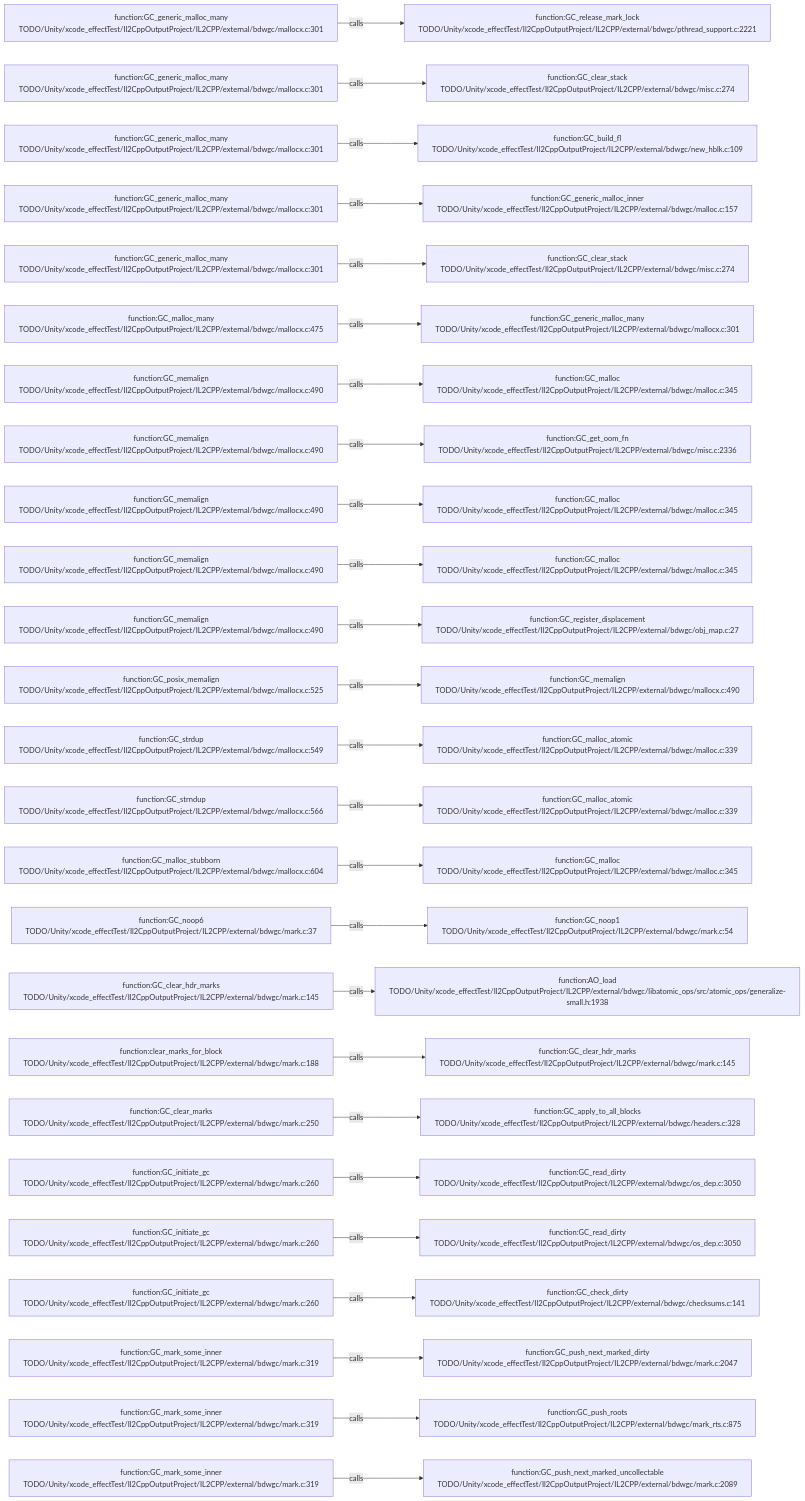
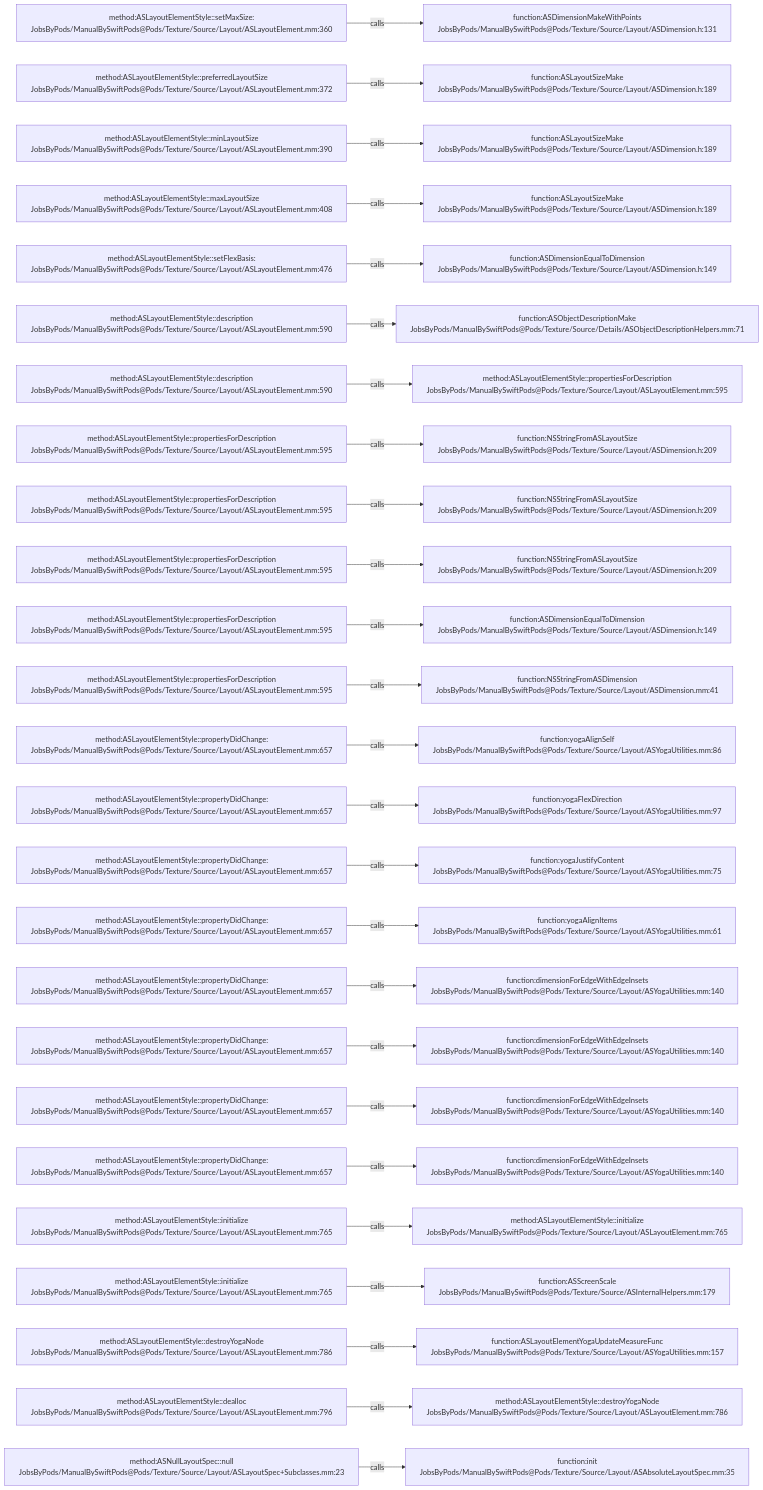
The diagram in .codegraph/codegraph.md/graphs/calls-129.md (JobsKits/JobsSwiftBaseConfigDemo), drawn with Mermaid before and after one commit. The commit also changed 2959 other files, not shown here.

````diff
--- a/.codegraph/codegraph.md/graphs/calls-129.md
+++ b/.codegraph/codegraph.md/graphs/calls-129.md
@@ -13,78 +13,78 @@
 ```mermaid
 flowchart LR
-  S1["function:GC_generic_malloc_many<br/>TODO/Unity/xcode_effectTest/Il2CppOutputProject/IL2CPP/external/bdwgc/mallocx.c:301"]
-  T1["function:GC_release_mark_lock<br/>TODO/Unity/xcode_effectTest/Il2CppOutputProject/IL2CPP/external/bdwgc/pthread_support.c:2221"]
+  S1["method:ASLayoutElementStyle::setMaxSize:<br/>JobsByPods/ManualBySwiftPods@Pods/Texture/Source/Layout/ASLayoutElement.mm:360"]
+  T1["function:ASDimensionMakeWithPoints<br/>JobsByPods/ManualBySwiftPods@Pods/Texture/Source/Layout/ASDimension.h:131"]
   S1 -->|calls| T1
-  S2["function:GC_generic_malloc_many<br/>TODO/Unity/xcode_effectTest/Il2CppOutputProject/IL2CPP/external/bdwgc/mallocx.c:301"]
-  T2["function:GC_clear_stack<br/>TODO/Unity/xcode_effectTest/Il2CppOutputProject/IL2CPP/external/bdwgc/misc.c:274"]
+  S2["method:ASLayoutElementStyle::preferredLayoutSize<br/>JobsByPods/ManualBySwiftPods@Pods/Texture/Source/Layout/ASLayoutElement.mm:372"]
+  T2["function:ASLayoutSizeMake<br/>JobsByPods/ManualBySwiftPods@Pods/Texture/Source/Layout/ASDimension.h:189"]
   S2 -->|calls| T2
-  S3["function:GC_generic_malloc_many<br/>TODO/Unity/xcode_effectTest/Il2CppOutputProject/IL2CPP/external/bdwgc/mallocx.c:301"]
-  T3["function:GC_build_fl<br/>TODO/Unity/xcode_effectTest/Il2CppOutputProject/IL2CPP/external/bdwgc/new_hblk.c:109"]
+  S3["method:ASLayoutElementStyle::minLayoutSize<br/>JobsByPods/ManualBySwiftPods@Pods/Texture/Source/Layout/ASLayoutElement.mm:390"]
+  T3["function:ASLayoutSizeMake<br/>JobsByPods/ManualBySwiftPods@Pods/Texture/Source/Layout/ASDimension.h:189"]
   S3 -->|calls| T3
-  S4["function:GC_generic_malloc_many<br/>TODO/Unity/xcode_effectTest/Il2CppOutputProject/IL2CPP/external/bdwgc/mallocx.c:301"]
-  T4["function:GC_generic_malloc_inner<br/>TODO/Unity/xcode_effectTest/Il2CppOutputProject/IL2CPP/external/bdwgc/malloc.c:157"]
+  S4["method:ASLayoutElementStyle::maxLayoutSize<br/>JobsByPods/ManualBySwiftPods@Pods/Texture/Source/Layout/ASLayoutElement.mm:408"]
+  T4["function:ASLayoutSizeMake<br/>JobsByPods/ManualBySwiftPods@Pods/Texture/Source/Layout/ASDimension.h:189"]
   S4 -->|calls| T4
-  S5["function:GC_generic_malloc_many<br/>TODO/Unity/xcode_effectTest/Il2CppOutputProject/IL2CPP/external/bdwgc/mallocx.c:301"]
-  T5["function:GC_clear_stack<br/>TODO/Unity/xcode_effectTest/Il2CppOutputProject/IL2CPP/external/bdwgc/misc.c:274"]
+  S5["method:ASLayoutElementStyle::setFlexBasis:<br/>JobsByPods/ManualBySwiftPods@Pods/Texture/Source/Layout/ASLayoutElement.mm:476"]
+  T5["function:ASDimensionEqualToDimension<br/>JobsByPods/ManualBySwiftPods@Pods/Texture/Source/Layout/ASDimension.h:149"]
   S5 -->|calls| T5
-  S6["function:GC_malloc_many<br/>TODO/Unity/xcode_effectTest/Il2CppOutputProject/IL2CPP/external/bdwgc/mallocx.c:475"]
-  T6["function:GC_generic_malloc_many<br/>TODO/Unity/xcode_effectTest/Il2CppOutputProject/IL2CPP/external/bdwgc/mallocx.c:301"]
+  S6["method:ASLayoutElementStyle::description<br/>JobsByPods/ManualBySwiftPods@Pods/Texture/Source/Layout/ASLayoutElement.mm:590"]
+  T6["function:ASObjectDescriptionMake<br/>JobsByPods/ManualBySwiftPods@Pods/Texture/Source/Details/ASObjectDescriptionHelpers.mm:71"]
   S6 -->|calls| T6
-  S7["function:GC_memalign<br/>TODO/Unity/xcode_effectTest/Il2CppOutputProject/IL2CPP/external/bdwgc/mallocx.c:490"]
-  T7["function:GC_malloc<br/>TODO/Unity/xcode_effectTest/Il2CppOutputProject/IL2CPP/external/bdwgc/malloc.c:345"]
+  S7["method:ASLayoutElementStyle::description<br/>JobsByPods/ManualBySwiftPods@Pods/Texture/Source/Layout/ASLayoutElement.mm:590"]
+  T7["method:ASLayoutElementStyle::propertiesForDescription<br/>JobsByPods/ManualBySwiftPods@Pods/Texture/Source/Layout/ASLayoutElement.mm:595"]
   S7 -->|calls| T7
-  S8["function:GC_memalign<br/>TODO/Unity/xcode_effectTest/Il2CppOutputProject/IL2CPP/external/bdwgc/mallocx.c:490"]
-  T8["function:GC_get_oom_fn<br/>TODO/Unity/xcode_effectTest/Il2CppOutputProject/IL2CPP/external/bdwgc/misc.c:2336"]
+  S8["method:ASLayoutElementStyle::propertiesForDescription<br/>JobsByPods/ManualBySwiftPods@Pods/Texture/Source/Layout/ASLayoutElement.mm:595"]
+  T8["function:NSStringFromASLayoutSize<br/>JobsByPods/ManualBySwiftPods@Pods/Texture/Source/Layout/ASDimension.h:209"]
   S8 -->|calls| T8
-  S9["function:GC_memalign<br/>TODO/Unity/xcode_effectTest/Il2CppOutputProject/IL2CPP/external/bdwgc/mallocx.c:490"]
-  T9["function:GC_malloc<br/>TODO/Unity/xcode_effectTest/Il2CppOutputProject/IL2CPP/external/bdwgc/malloc.c:345"]
+  S9["method:ASLayoutElementStyle::propertiesForDescription<br/>JobsByPods/ManualBySwiftPods@Pods/Texture/Source/Layout/ASLayoutElement.mm:595"]
+  T9["function:NSStringFromASLayoutSize<br/>JobsByPods/ManualBySwiftPods@Pods/Texture/Source/Layout/ASDimension.h:209"]
   S9 -->|calls| T9
-  S10["function:GC_memalign<br/>TODO/Unity/xcode_effectTest/Il2CppOutputProject/IL2CPP/external/bdwgc/mallocx.c:490"]
-  T10["function:GC_malloc<br/>TODO/Unity/xcode_effectTest/Il2CppOutputProject/IL2CPP/external/bdwgc/malloc.c:345"]
+  S10["method:ASLayoutElementStyle::propertiesForDescription<br/>JobsByPods/ManualBySwiftPods@Pods/Texture/Source/Layout/ASLayoutElement.mm:595"]
+  T10["function:NSStringFromASLayoutSize<br/>JobsByPods/ManualBySwiftPods@Pods/Texture/Source/Layout/ASDimension.h:209"]
   S10 -->|calls| T10
-  S11["function:GC_memalign<br/>TODO/Unity/xcode_effectTest/Il2CppOutputProject/IL2CPP/external/bdwgc/mallocx.c:490"]
-  T11["function:GC_register_displacement<br/>TODO/Unity/xcode_effectTest/Il2CppOutputProject/IL2CPP/external/bdwgc/obj_map.c:27"]
+  S11["method:ASLayoutElementStyle::propertiesForDescription<br/>JobsByPods/ManualBySwiftPods@Pods/Texture/Source/Layout/ASLayoutElement.mm:595"]
+  T11["function:ASDimensionEqualToDimension<br/>JobsByPods/ManualBySwiftPods@Pods/Texture/Source/Layout/ASDimension.h:149"]
   S11 -->|calls| T11
-  S12["function:GC_posix_memalign<br/>TODO/Unity/xcode_effectTest/Il2CppOutputProject/IL2CPP/external/bdwgc/mallocx.c:525"]
-  T12["function:GC_memalign<br/>TODO/Unity/xcode_effectTest/Il2CppOutputProject/IL2CPP/external/bdwgc/mallocx.c:490"]
+  S12["method:ASLayoutElementStyle::propertiesForDescription<br/>JobsByPods/ManualBySwiftPods@Pods/Texture/Source/Layout/ASLayoutElement.mm:595"]
+  T12["function:NSStringFromASDimension<br/>JobsByPods/ManualBySwiftPods@Pods/Texture/Source/Layout/ASDimension.mm:41"]
   S12 -->|calls| T12
-  S13["function:GC_strdup<br/>TODO/Unity/xcode_effectTest/Il2CppOutputProject/IL2CPP/external/bdwgc/mallocx.c:549"]
-  T13["function:GC_malloc_atomic<br/>TODO/Unity/xcode_effectTest/Il2CppOutputProject/IL2CPP/external/bdwgc/malloc.c:339"]
+  S13["method:ASLayoutElementStyle::propertyDidChange:<br/>JobsByPods/ManualBySwiftPods@Pods/Texture/Source/Layout/ASLayoutElement.mm:657"]
+  T13["function:yogaAlignSelf<br/>JobsByPods/ManualBySwiftPods@Pods/Texture/Source/Layout/ASYogaUtilities.mm:86"]
   S13 -->|calls| T13
-  S14["function:GC_strndup<br/>TODO/Unity/xcode_effectTest/Il2CppOutputProject/IL2CPP/external/bdwgc/mallocx.c:566"]
-  T14["function:GC_malloc_atomic<br/>TODO/Unity/xcode_effectTest/Il2CppOutputProject/IL2CPP/external/bdwgc/malloc.c:339"]
+  S14["method:ASLayoutElementStyle::propertyDidChange:<br/>JobsByPods/ManualBySwiftPods@Pods/Texture/Source/Layout/ASLayoutElement.mm:657"]
+  T14["function:yogaFlexDirection<br/>JobsByPods/ManualBySwiftPods@Pods/Texture/Source/Layout/ASYogaUtilities.mm:97"]
   S14 -->|calls| T14
-  S15["function:GC_malloc_stubborn<br/>TODO/Unity/xcode_effectTest/Il2CppOutputProject/IL2CPP/external/bdwgc/mallocx.c:604"]
-  T15["function:GC_malloc<br/>TODO/Unity/xcode_effectTest/Il2CppOutputProject/IL2CPP/external/bdwgc/malloc.c:345"]
+  S15["method:ASLayoutElementStyle::propertyDidChange:<br/>JobsByPods/ManualBySwiftPods@Pods/Texture/Source/Layout/ASLayoutElement.mm:657"]
+  T15["function:yogaJustifyContent<br/>JobsByPods/ManualBySwiftPods@Pods/Texture/Source/Layout/ASYogaUtilities.mm:75"]
   S15 -->|calls| T15
-  S16["function:GC_noop6<br/>TODO/Unity/xcode_effectTest/Il2CppOutputProject/IL2CPP/external/bdwgc/mark.c:37"]
-  T16["function:GC_noop1<br/>TODO/Unity/xcode_effectTest/Il2CppOutputProject/IL2CPP/external/bdwgc/mark.c:54"]
+  S16["method:ASLayoutElementStyle::propertyDidChange:<br/>JobsByPods/ManualBySwiftPods@Pods/Texture/Source/Layout/ASLayoutElement.mm:657"]
+  T16["function:yogaAlignItems<br/>JobsByPods/ManualBySwiftPods@Pods/Texture/Source/Layout/ASYogaUtilities.mm:61"]
   S16 -->|calls| T16
-  S17["function:GC_clear_hdr_marks<br/>TODO/Unity/xcode_effectTest/Il2CppOutputProject/IL2CPP/external/bdwgc/mark.c:145"]
-  T17["function:AO_load<br/>TODO/Unity/xcode_effectTest/Il2CppOutputProject/IL2CPP/external/bdwgc/libatomic_ops/src/atomic_ops/generalize-small.h:1938"]
+  S17["method:ASLayoutElementStyle::propertyDidChange:<br/>JobsByPods/ManualBySwiftPods@Pods/Texture/Source/Layout/ASLayoutElement.mm:657"]
+  T17["function:dimensionForEdgeWithEdgeInsets<br/>JobsByPods/ManualBySwiftPods@Pods/Texture/Source/Layout/ASYogaUtilities.mm:140"]
   S17 -->|calls| T17
-  S18["function:clear_marks_for_block<br/>TODO/Unity/xcode_effectTest/Il2CppOutputProject/IL2CPP/external/bdwgc/mark.c:188"]
-  T18["function:GC_clear_hdr_marks<br/>TODO/Unity/xcode_effectTest/Il2CppOutputProject/IL2CPP/external/bdwgc/mark.c:145"]
+  S18["method:ASLayoutElementStyle::propertyDidChange:<br/>JobsByPods/ManualBySwiftPods@Pods/Texture/Source/Layout/ASLayoutElement.mm:657"]
+  T18["function:dimensionForEdgeWithEdgeInsets<br/>JobsByPods/ManualBySwiftPods@Pods/Texture/Source/Layout/ASYogaUtilities.mm:140"]
   S18 -->|calls| T18
-  S19["function:GC_clear_marks<br/>TODO/Unity/xcode_effectTest/Il2CppOutputProject/IL2CPP/external/bdwgc/mark.c:250"]
-  T19["function:GC_apply_to_all_blocks<br/>TODO/Unity/xcode_effectTest/Il2CppOutputProject/IL2CPP/external/bdwgc/headers.c:328"]
+  S19["method:ASLayoutElementStyle::propertyDidChange:<br/>JobsByPods/ManualBySwiftPods@Pods/Texture/Source/Layout/ASLayoutElement.mm:657"]
+  T19["function:dimensionForEdgeWithEdgeInsets<br/>JobsByPods/ManualBySwiftPods@Pods/Texture/Source/Layout/ASYogaUtilities.mm:140"]
   S19 -->|calls| T19
-  S20["function:GC_initiate_gc<br/>TODO/Unity/xcode_effectTest/Il2CppOutputProject/IL2CPP/external/bdwgc/mark.c:260"]
-  T20["function:GC_read_dirty<br/>TODO/Unity/xcode_effectTest/Il2CppOutputProject/IL2CPP/external/bdwgc/os_dep.c:3050"]
+  S20["method:ASLayoutElementStyle::propertyDidChange:<br/>JobsByPods/ManualBySwiftPods@Pods/Texture/Source/Layout/ASLayoutElement.mm:657"]
+  T20["function:dimensionForEdgeWithEdgeInsets<br/>JobsByPods/ManualBySwiftPods@Pods/Texture/Source/Layout/ASYogaUtilities.mm:140"]
   S20 -->|calls| T20
-  S21["function:GC_initiate_gc<br/>TODO/Unity/xcode_effectTest/Il2CppOutputProject/IL2CPP/external/bdwgc/mark.c:260"]
-  T21["function:GC_read_dirty<br/>TODO/Unity/xcode_effectTest/Il2CppOutputProject/IL2CPP/external/bdwgc/os_dep.c:3050"]
+  S21["method:ASLayoutElementStyle::initialize<br/>JobsByPods/ManualBySwiftPods@Pods/Texture/Source/Layout/ASLayoutElement.mm:765"]
+  T21["method:ASLayoutElementStyle::initialize<br/>JobsByPods/ManualBySwiftPods@Pods/Texture/Source/Layout/ASLayoutElement.mm:765"]
   S21 -->|calls| T21
-  S22["function:GC_initiate_gc<br/>TODO/Unity/xcode_effectTest/Il2CppOutputProject/IL2CPP/external/bdwgc/mark.c:260"]
-  T22["function:GC_check_dirty<br/>TODO/Unity/xcode_effectTest/Il2CppOutputProject/IL2CPP/external/bdwgc/checksums.c:141"]
+  S22["method:ASLayoutElementStyle::initialize<br/>JobsByPods/ManualBySwiftPods@Pods/Texture/Source/Layout/ASLayoutElement.mm:765"]
+  T22["function:ASScreenScale<br/>JobsByPods/ManualBySwiftPods@Pods/Texture/Source/ASInternalHelpers.mm:179"]
   S22 -->|calls| T22
-  S23["function:GC_mark_some_inner<br/>TODO/Unity/xcode_effectTest/Il2CppOutputProject/IL2CPP/external/bdwgc/mark.c:319"]
-  T23["function:GC_push_next_marked_dirty<br/>TODO/Unity/xcode_effectTest/Il2CppOutputProject/IL2CPP/external/bdwgc/mark.c:2047"]
+  S23["method:ASLayoutElementStyle::destroyYogaNode<br/>JobsByPods/ManualBySwiftPods@Pods/Texture/Source/Layout/ASLayoutElement.mm:786"]
+  T23["function:ASLayoutElementYogaUpdateMeasureFunc<br/>JobsByPods/ManualBySwiftPods@Pods/Texture/Source/Layout/ASYogaUtilities.mm:157"]
   S23 -->|calls| T23
-  S24["function:GC_mark_some_inner<br/>TODO/Unity/xcode_effectTest/Il2CppOutputProject/IL2CPP/external/bdwgc/mark.c:319"]
-  T24["function:GC_push_roots<br/>TODO/Unity/xcode_effectTest/Il2CppOutputProject/IL2CPP/external/bdwgc/mark_rts.c:875"]
+  S24["method:ASLayoutElementStyle::dealloc<br/>JobsByPods/ManualBySwiftPods@Pods/Texture/Source/Layout/ASLayoutElement.mm:796"]
+  T24["method:ASLayoutElementStyle::destroyYogaNode<br/>JobsByPods/ManualBySwiftPods@Pods/Texture/Source/Layout/ASLayoutElement.mm:786"]
   S24 -->|calls| T24
-  S25["function:GC_mark_some_inner<br/>TODO/Unity/xcode_effectTest/Il2CppOutputProject/IL2CPP/external/bdwgc/mark.c:319"]
-  T25["function:GC_push_next_marked_uncollectable<br/>TODO/Unity/xcode_effectTest/Il2CppOutputProject/IL2CPP/external/bdwgc/mark.c:2089"]
+  S25["method:ASNullLayoutSpec::null<br/>JobsByPods/ManualBySwiftPods@Pods/Texture/Source/Layout/ASLayoutSpec+Subclasses.mm:23"]
+  T25["function:init<br/>JobsByPods/ManualBySwiftPods@Pods/Texture/Source/Layout/ASAbsoluteLayoutSpec.mm:35"]
   S25 -->|calls| T25
 ```
````
